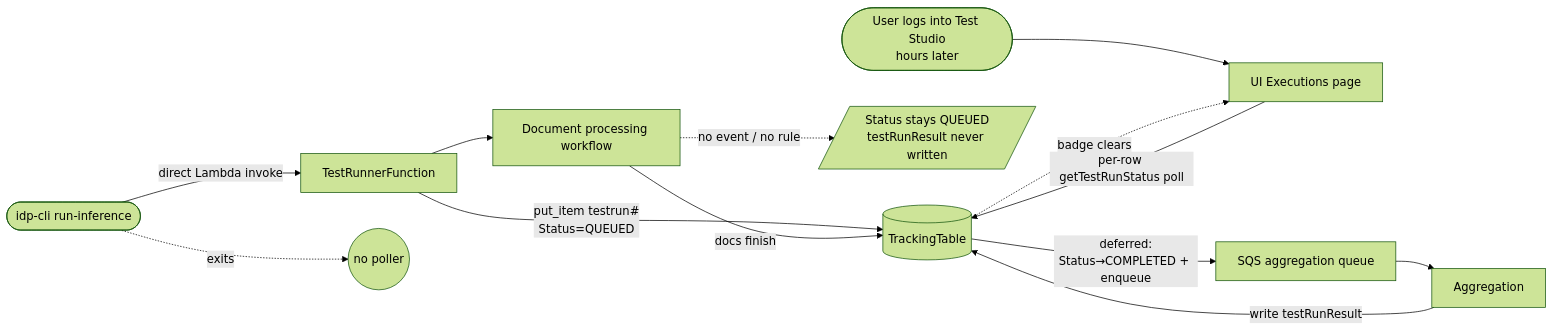
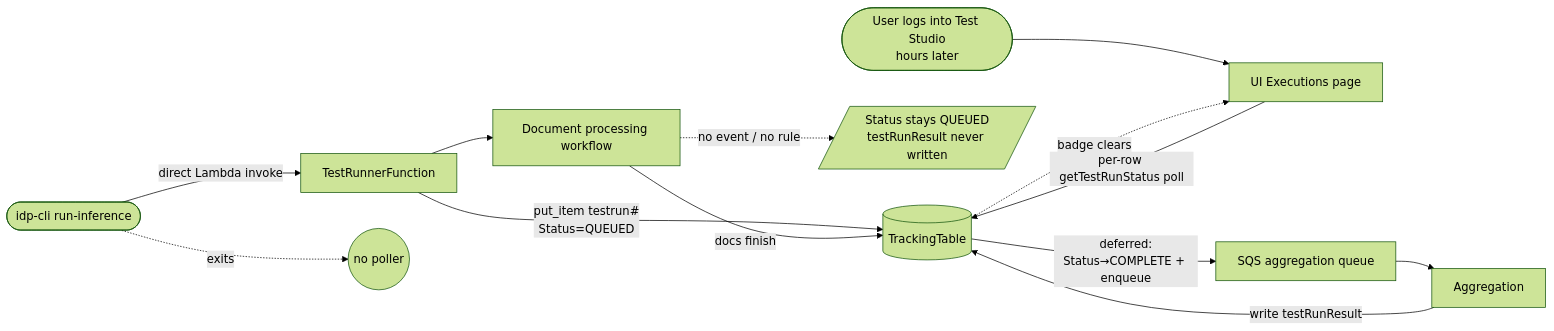
One commit to aws-solutions-library-samples/accelerated-intelligent-document-processing-on-aws changed the fourth of 4 diagrams in docs/test-studio.md. Above: the diagram before and after it, drawn with Mermaid (forest theme). The commit also changed other lines of this file and 1 other file, not shown here.

Commit message:
docs(test-studio): spell the completed run status COMPLETE in the lifecycle diagrams and the CLI guide

````diff
--- a/docs/test-studio.md
+++ b/docs/test-studio.md
@@ -544,17 +544,17 @@
 ```mermaid
 flowchart LR
     CLI([idp-cli run-inference]) -->|"direct Lambda invoke"| Runner[TestRunnerFunction]
     Runner -->|"put_item testrun#<br/>Status=QUEUED"| RunDDB[(TrackingTable)]
     Runner --> WF[Document processing workflow]
     WF -->|"docs finish"| RunDDB
     CLI -. exits .-> Nothing((no poller))
 
     WF -. no event / no rule .-> Gap[/"Status stays QUEUED<br/>testRunResult never written"/]
 
     Later([User logs into Test Studio<br/>hours later]) --> UI[UI Executions page]
     UI -->|"per-row getTestRunStatus poll"| RunDDB
-    RunDDB -->|"deferred:<br/>Status→COMPLETED + enqueue"| AggQ[SQS aggregation queue]
+    RunDDB -->|"deferred:<br/>Status→COMPLETE + enqueue"| AggQ[SQS aggregation queue]
     AggQ --> Agg[Aggregation]
     Agg -->|"write testRunResult"| RunDDB
     RunDDB -.->|"badge clears"| UI
 ```
````
